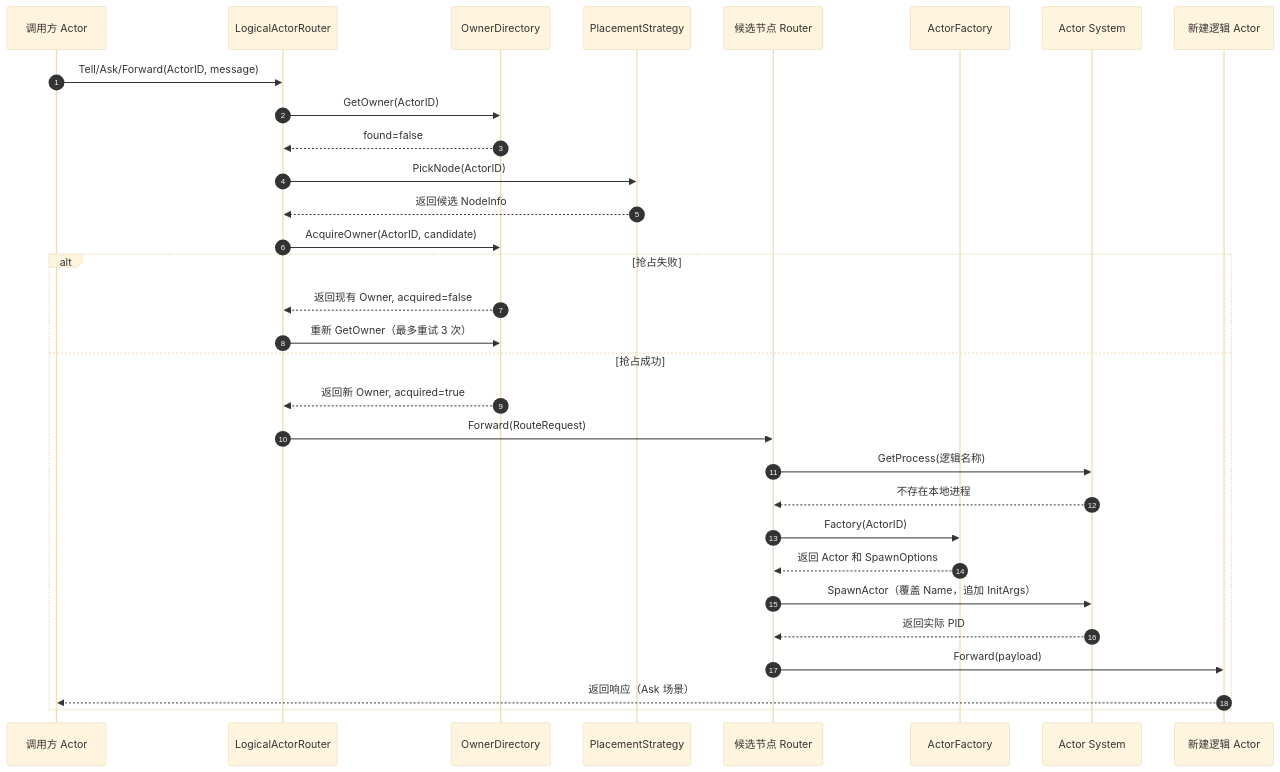
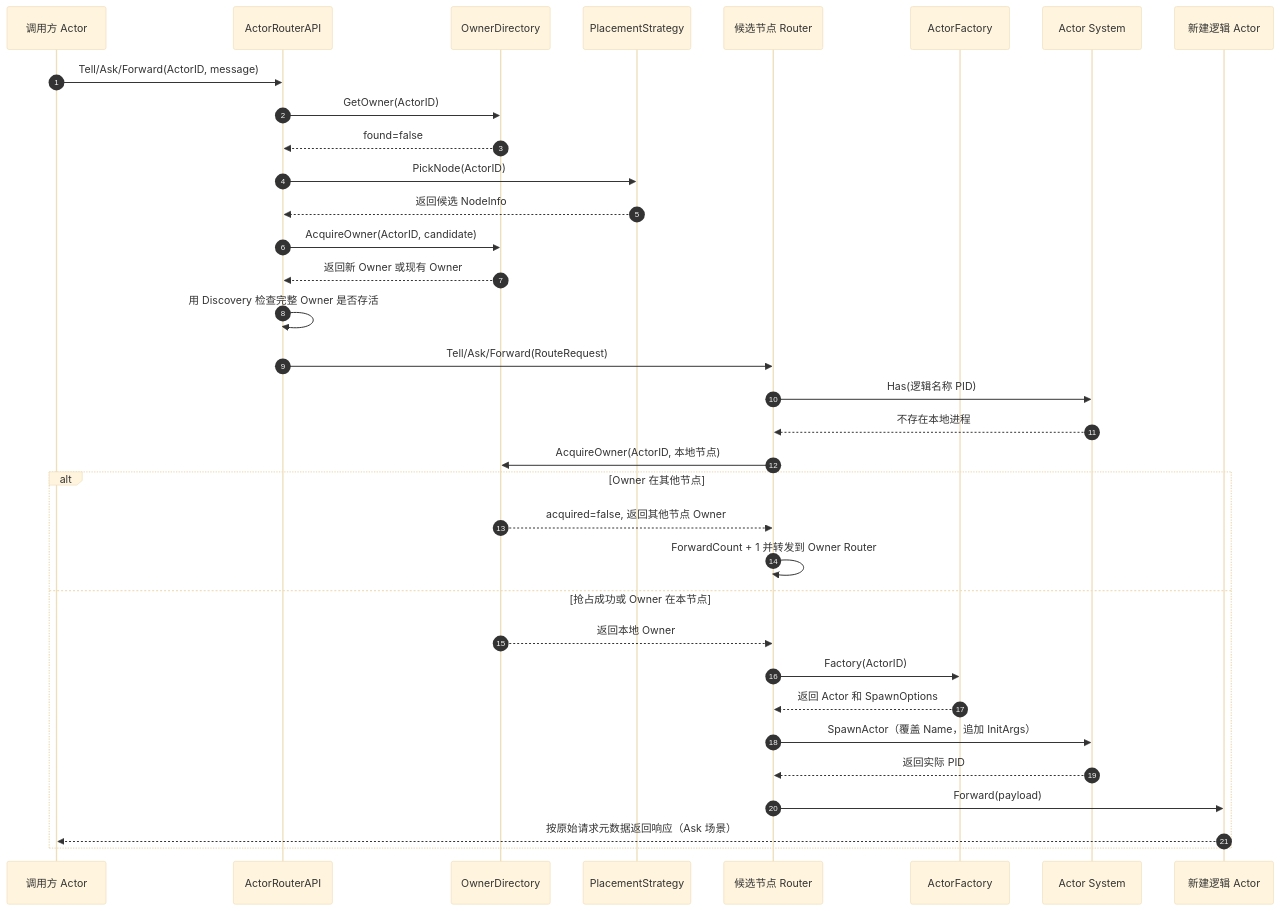
The second of 3 diagrams in docs/logicalactor.md (dzm2020/actormesh), drawn with Mermaid (base theme) before and after one commit. The commit also changed other lines of this file and 11 other files, not shown here.

````diff
--- a/docs/logicalactor.md
+++ b/docs/logicalactor.md
@@ -167,34 +167,37 @@
 ```mermaid
 sequenceDiagram
     autonumber
     participant C as 调用方 Actor
-    participant R as LogicalActorRouter
+    participant R as ActorRouterAPI
     participant D as OwnerDirectory
     participant P as PlacementStrategy
     participant RR as 候选节点 Router
     participant F as ActorFactory
     participant S as Actor System
     participant A as 新建逻辑 Actor
 
     C->>R: Tell/Ask/Forward(ActorID, message)
     R->>D: GetOwner(ActorID)
     D-->>R: found=false
     R->>P: PickNode(ActorID)
     P-->>R: 返回候选 NodeInfo
     R->>D: AcquireOwner(ActorID, candidate)
-    alt 抢占失败
-        D-->>R: 返回现有 Owner, acquired=false
-        R->>D: 重新 GetOwner（最多重试 3 次）
-    else 抢占成功
-        D-->>R: 返回新 Owner, acquired=true
-        R->>RR: Forward(RouteRequest)
-        RR->>S: GetProcess(逻辑名称)
-        S-->>RR: 不存在本地进程
+    D-->>R: 返回新 Owner 或现有 Owner
+    R->>R: 用 Discovery 检查完整 Owner 是否存活
+    R->>RR: Tell/Ask/Forward(RouteRequest)
+    RR->>S: Has(逻辑名称 PID)
+    S-->>RR: 不存在本地进程
+    RR->>D: AcquireOwner(ActorID, 本地节点)
+    alt Owner 在其他节点
+        D-->>RR: acquired=false, 返回其他节点 Owner
+        RR->>RR: ForwardCount + 1 并转发到 Owner Router
+    else 抢占成功或 Owner 在本节点
+        D-->>RR: 返回本地 Owner
         RR->>F: Factory(ActorID)
         F-->>RR: 返回 Actor 和 SpawnOptions
         RR->>S: SpawnActor（覆盖 Name，追加 InitArgs）
         S-->>RR: 返回实际 PID
         RR->>A: Forward(payload)
-        A-->>C: 返回响应（Ask 场景）
+        A-->>C: 按原始请求元数据返回响应（Ask 场景）
     end
 ```
````
